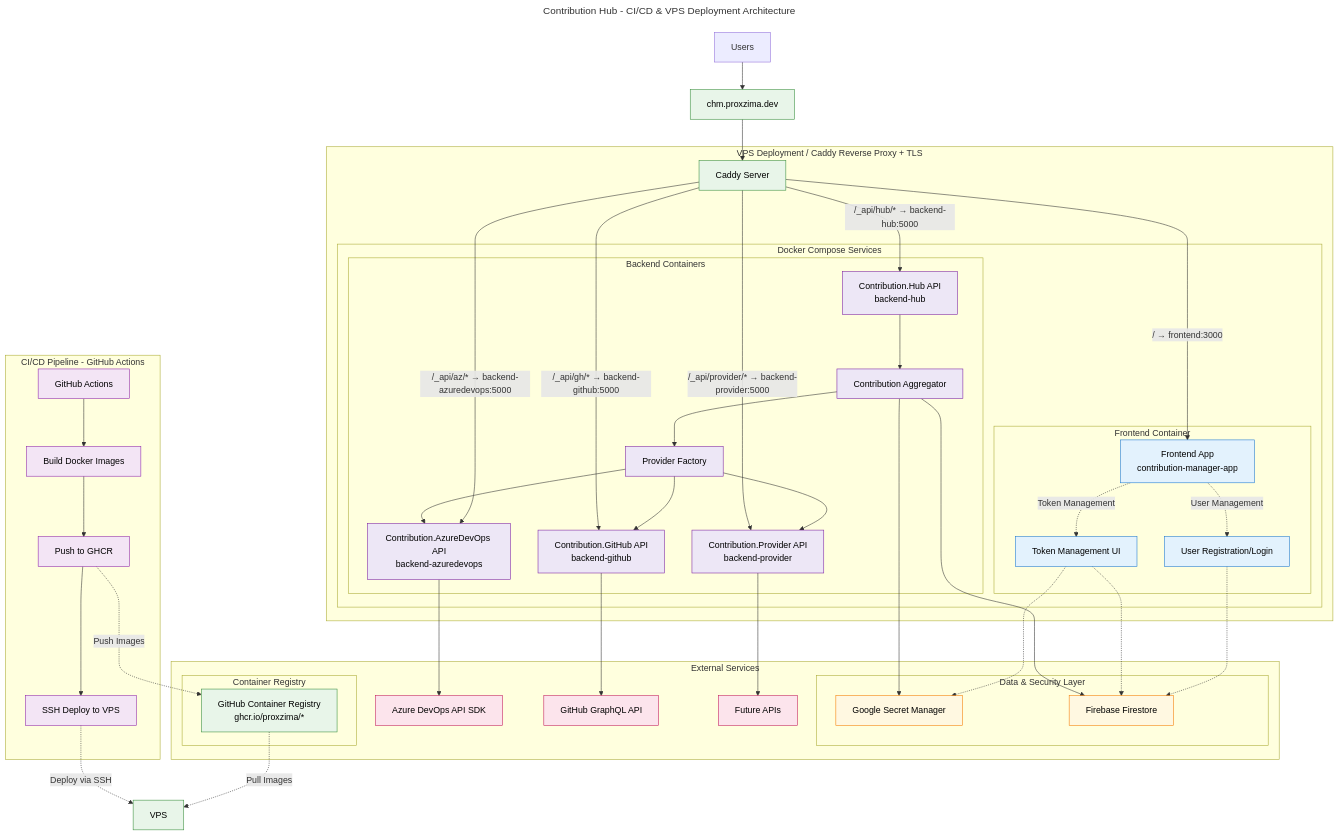
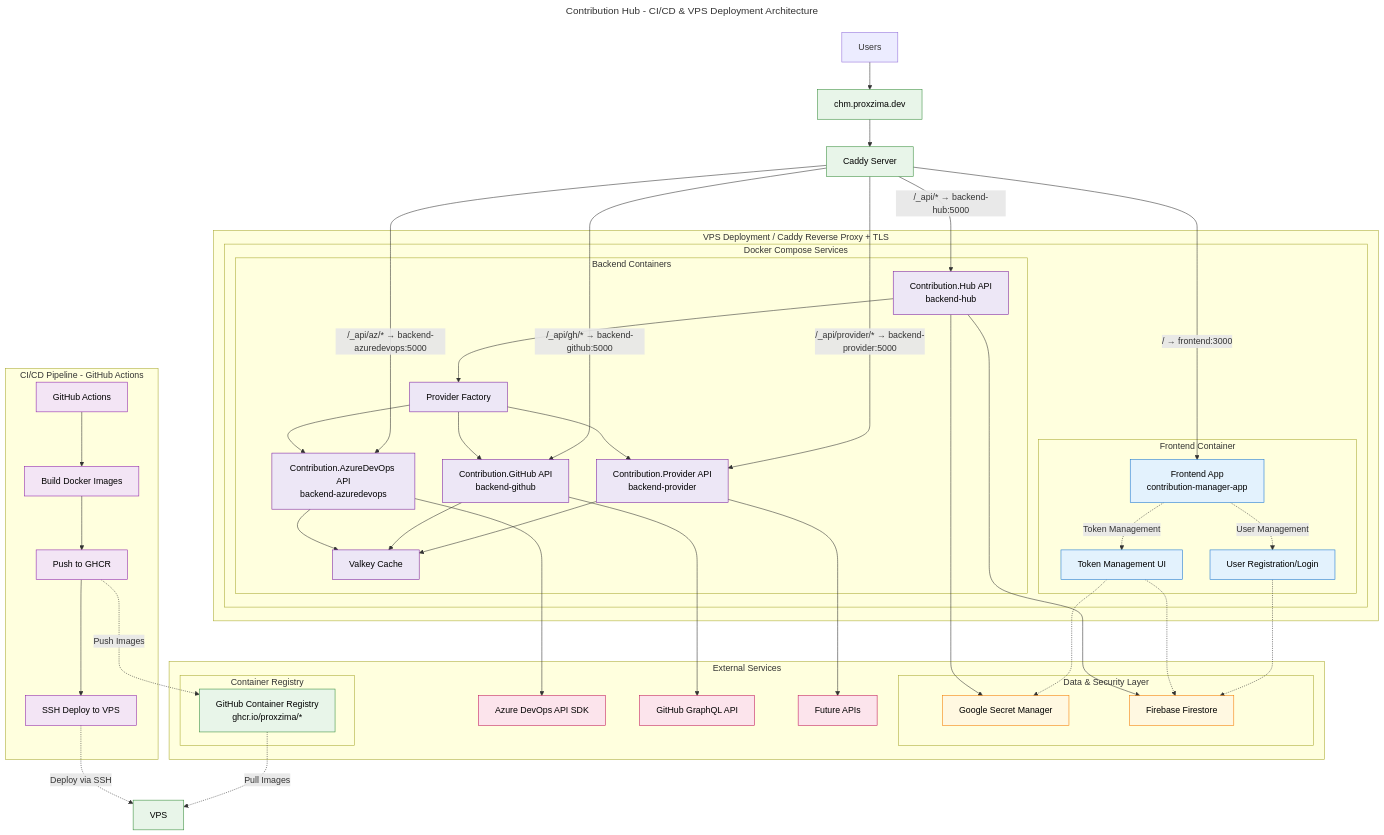
The diagram in README.md (PROxZIMA/ContributionManager), drawn with Mermaid before and after one commit. The commit also changed 2 other files, not shown here.

Commit message:
feat: add VSCode tasks configuration for development and production workflows

```diff
--- a/README.md
+++ b/README.md
@@ -109,33 +109,40 @@
 
     %% VPS Deployment Infrastructure
     subgraph "VPS Deployment / Caddy Reverse Proxy + TLS"
-        CR --> |"/_api/hub/* → backend-hub:5000"| B2
-        CR --> |"/ → frontend:3000"| FR
-        CR --> |"/_api/gh/* → backend-github:5000"| F
-        CR --> |"/_api/provider/* → backend-provider:5000"| G
         subgraph "Docker Compose Services"
-
             subgraph "Frontend Container"
                 FR[Frontend App<br/>contribution-manager-app]
                 FR -.-> |Token Management| J2[Token Management UI]
                 FR -.-> |User Management| J1[User Registration/Login]
             end
-            
             subgraph "Backend Containers"
-                B2[Contribution.Hub API<br/>backend-hub]
-                B2 --> C[Contribution Aggregator]
-                C --> D[Provider Factory]
+                C[Contribution.Hub API<br/>backend-hub]
+                D[Provider Factory]
                 E[Contribution.AzureDevOps API<br/>backend-azuredevops]
                 F[Contribution.GitHub API<br/>backend-github]
                 G[Contribution.Provider API<br/>backend-provider]
+                DB[Valkey Cache]
             end
         end
+    end
+    
+    %% External APIs
+    E ---> K1
+    F ---> K2
+    G ---> K3
 
-        D --> E
-        D --> F
-        D --> G
-        CR --> |"/_api/az/* → backend-azuredevops:5000"| E
-    end
+    C --> D
+    D --> E
+    D --> F
+    D --> G
+    CR --> |"/_api/az/* → backend-azuredevops:5000"| E
+    CR --> |"/_api/gh/* → backend-github:5000"| F
+    CR --> |"/_api/provider/* → backend-provider:5000"| G
+    CR --> |"/_api/* → backend-hub:5000"| C
+    CR --> |"/ → frontend:3000"| FR
+    E --> DB
+    F --> DB
+    G --> DB
     
     %% Data Access
     C --> I
@@ -146,16 +153,11 @@
     J2 -.-> H
     J1 -.-> H[Firebase Firestore]
     
-    %% External APIs
-    E --> K2[Azure DevOps API SDK]
-    F --> K1[GitHub GraphQL API]
-    G --> K3[Future APIs]
-    
     %% External Services
     subgraph "External Services"
-        K1
-        K2
-        K3
+        K1[Azure DevOps API SDK]
+        K2[GitHub GraphQL API]
+        K3[Future APIs]
         subgraph "Data & Security Layer"
             H
             I
@@ -174,7 +176,7 @@
     classDef cicd fill:#f3e5f5,stroke:#8e24aa,color:#000
     
     class FR,J1,J2 frontend
-    class B2,C,D,F,E,G api
+    class C,D,F,E,G,DB api
     class CD,CR,VPS,GHCR infrastructure
     class H,I data
     class K1,K2,K3 external
```
